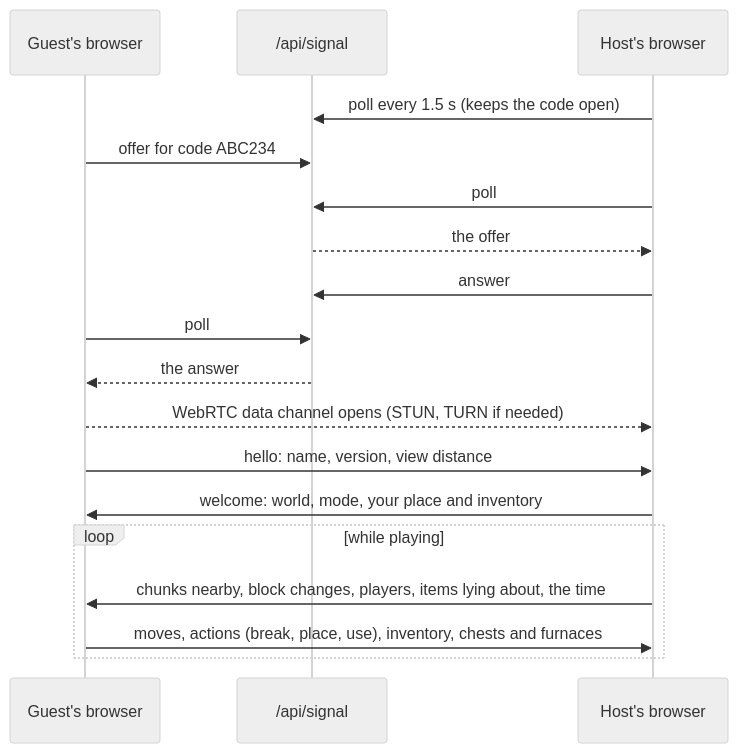
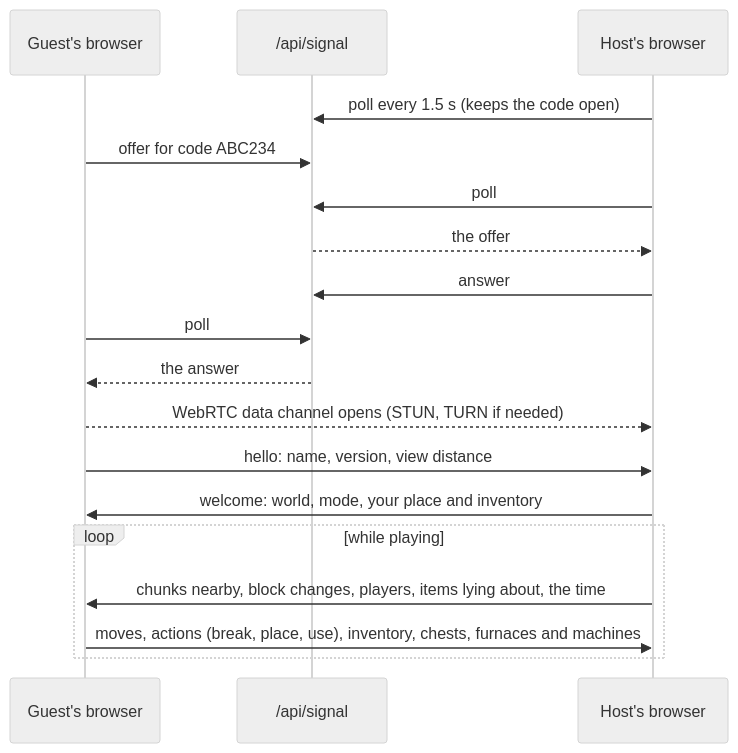
One commit to ChrisDrae/Craft changed the fourth of 4 diagrams in README.md. Above: the diagram before and after it, drawn with Mermaid (neutral theme). The commit also changed other lines of this file and 32 other files, not shown here.

````diff
--- a/README.md
+++ b/README.md
@@ -258,20 +275,20 @@
 ```mermaid
 sequenceDiagram
   participant G as Guest's browser
   participant A as /api/signal
   participant H as Host's browser
   H->>A: poll every 1.5 s (keeps the code open)
   G->>A: offer for code ABC234
   H->>A: poll
   A-->>H: the offer
   H->>A: answer
   G->>A: poll
   A-->>G: the answer
   G-->>H: WebRTC data channel opens (STUN, TURN if needed)
   G->>H: hello: name, version, view distance
   H->>G: welcome: world, mode, your place and inventory
   loop while playing
     H->>G: chunks nearby, block changes, players, items lying about, the time
-    G->>H: moves, actions (break, place, use), inventory, chests and furnaces
+    G->>H: moves, actions (break, place, use), inventory, chests, furnaces and machines
   end
 ```
````
